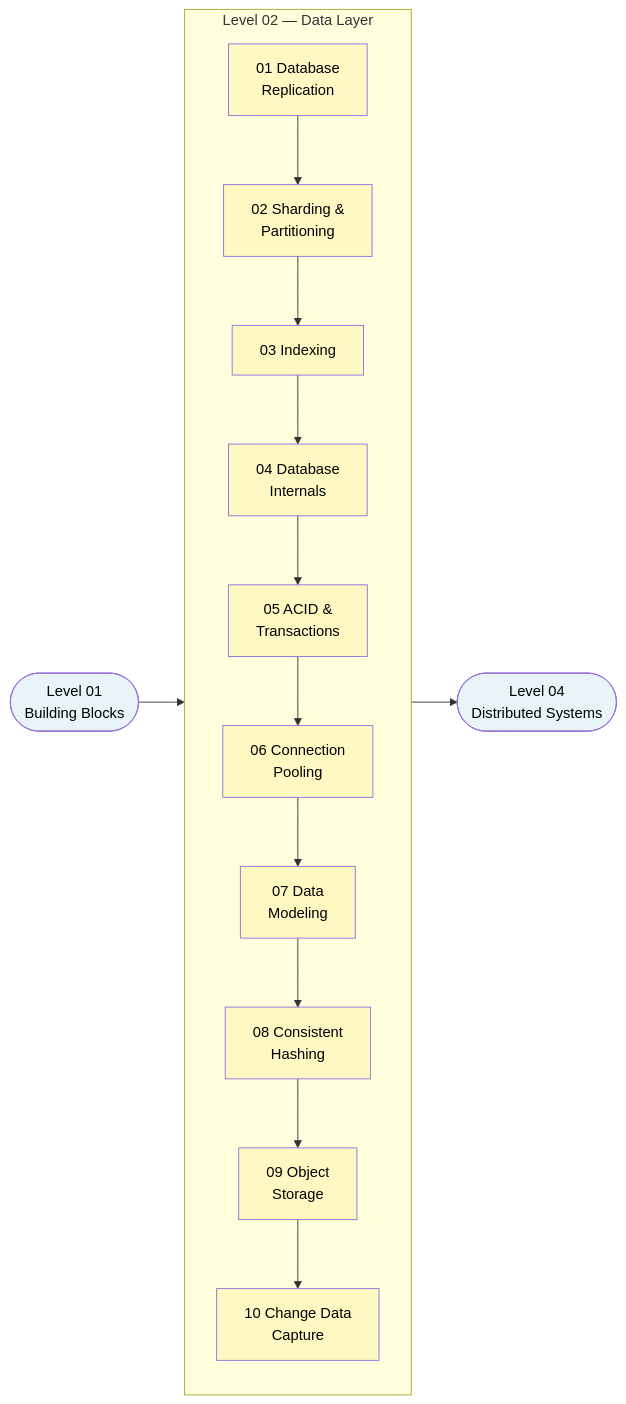
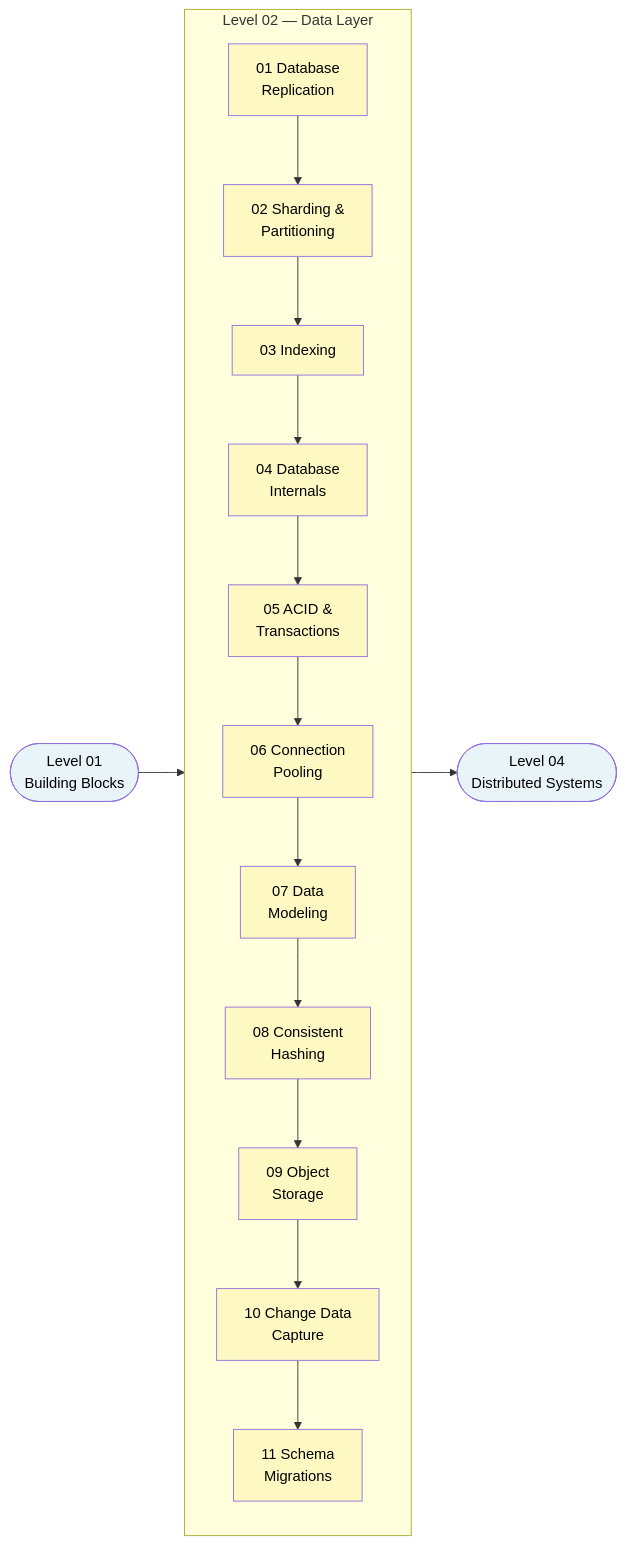
Before and after one commit to Ankan1998/learn-system-design: the diagram in Level-02-Data-Layer/README.md, drawn with Mermaid. The commit also changed other lines of this file and 24 other files, not shown here.

````diff
--- a/Level-02-Data-Layer/README.md
+++ b/Level-02-Data-Layer/README.md
@@ -38,43 +39,46 @@
 ```mermaid
 flowchart LR
     A([Level 01<br/>Building Blocks]) --> B
 
     subgraph B[" Level 02 — Data Layer "]
         direction TB
         T1[01 Database<br/>Replication]
         T2[02 Sharding &<br/>Partitioning]
         T3[03 Indexing]
         T4[04 Database<br/>Internals]
         T5[05 ACID &<br/>Transactions]
         T6[06 Connection<br/>Pooling]
         T7[07 Data<br/>Modeling]
         T8[08 Consistent<br/>Hashing]
         T9[09 Object<br/>Storage]
         T10[10 Change Data<br/>Capture]
+        T11[11 Schema<br/>Migrations]
 
         T1 --> T2
         T2 --> T3
         T3 --> T4
         T4 --> T5
         T5 --> T6
         T6 --> T7
         T7 --> T8
         T8 --> T9
         T9 --> T10
+        T10 --> T11
     end
 
     B --> C([Level 04<br/>Distributed Systems])
 
     style A fill:#e8f4f8,color:#000
     style C fill:#e8f4f8,color:#000
     style T1 fill:#fef9c3,color:#000
     style T2 fill:#fef9c3,color:#000
     style T3 fill:#fef9c3,color:#000
     style T4 fill:#fef9c3,color:#000
     style T5 fill:#fef9c3,color:#000
     style T6 fill:#fef9c3,color:#000
     style T7 fill:#fef9c3,color:#000
     style T8 fill:#fef9c3,color:#000
     style T9 fill:#fef9c3,color:#000
     style T10 fill:#fef9c3,color:#000
+    style T11 fill:#fef9c3,color:#000
 ```
````
